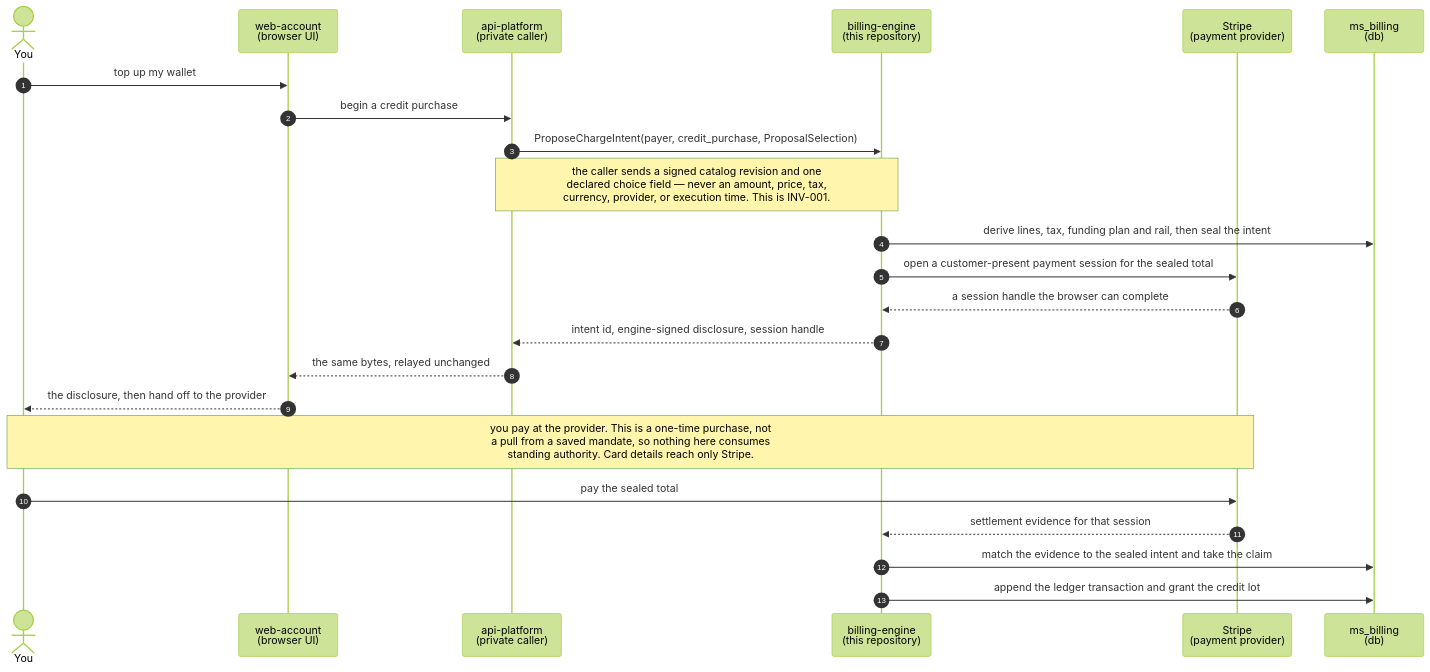
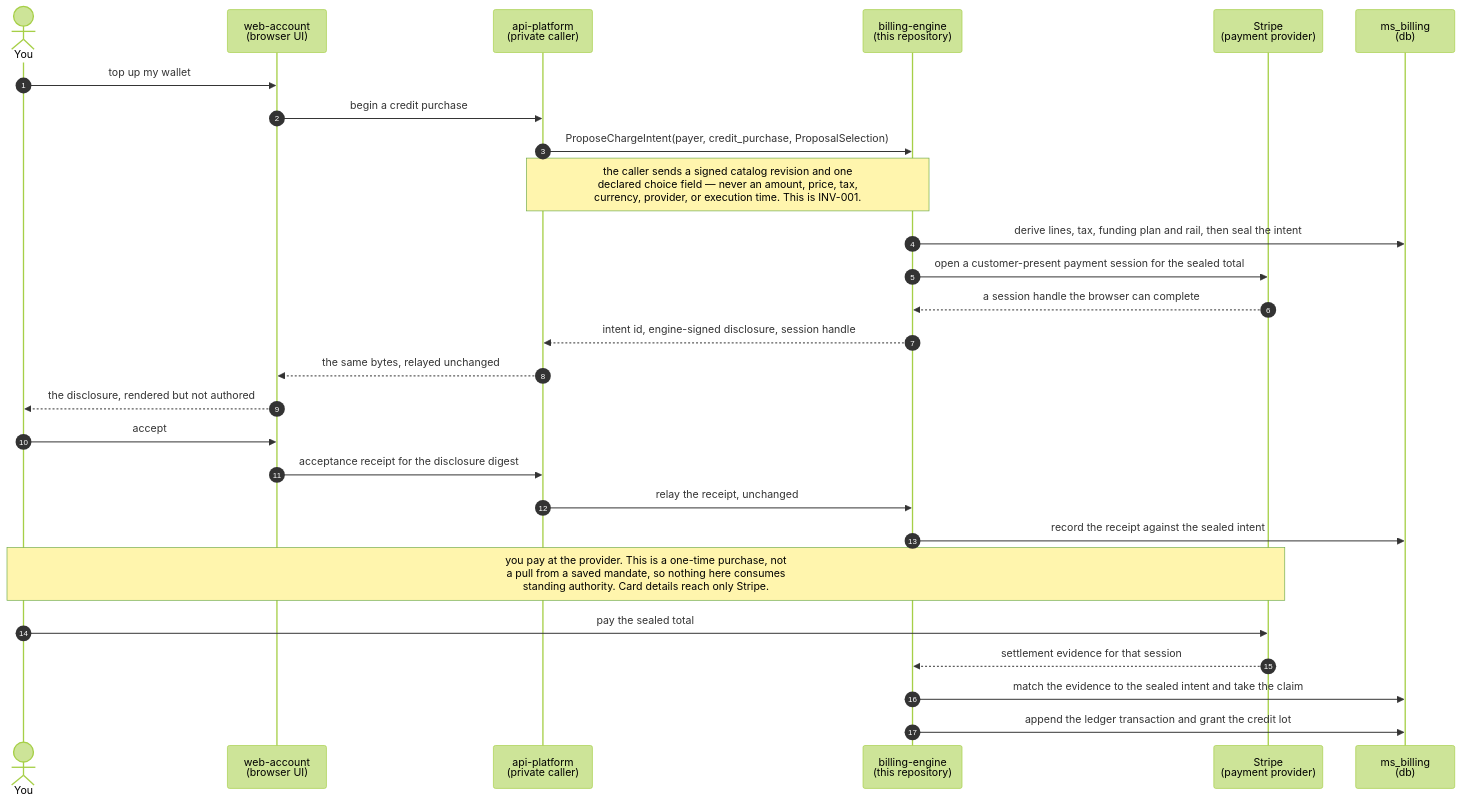
Before and after one commit to mirrorstack-ai/billing-engine: the third of 6 diagrams in README.md, drawn with Mermaid (forest theme). The commit also changed other lines of this file, not shown here.

First line of the commit message:
docs: full README correctness pass against the code

````diff
--- a/README.md
+++ b/README.md
@@ -221,30 +248,34 @@
 ```mermaid
 sequenceDiagram
     autonumber
     actor You
     participant WA as web-account<br/>(browser UI)
     participant AP as api-platform<br/>(private caller)
     participant Engine as billing-engine<br/>(this repository)
     participant Stripe as Stripe<br/>(payment provider)
     participant DB as ms_billing<br/>(db)
 
     You->>WA: top up my wallet
     WA->>AP: begin a credit purchase
     AP->>Engine: ProposeChargeIntent(payer, credit_purchase, ProposalSelection)
 
     Note over AP,Engine: the caller sends a signed catalog revision and one<br/>declared choice field — never an amount, price, tax,<br/>currency, provider, or execution time. This is INV-001.
 
     Engine->>DB: derive lines, tax, funding plan and rail, then seal the intent
     Engine->>Stripe: open a customer-present payment session for the sealed total
     Stripe-->>Engine: a session handle the browser can complete
     Engine-->>AP: intent id, engine-signed disclosure, session handle
     AP-->>WA: the same bytes, relayed unchanged
-    WA-->>You: the disclosure, then hand off to the provider
+    WA-->>You: the disclosure, rendered but not authored
+    You->>WA: accept
+    WA->>AP: acceptance receipt for the disclosure digest
+    AP->>Engine: relay the receipt, unchanged
+    Engine->>DB: record the receipt against the sealed intent
 
     Note over You,Stripe: you pay at the provider. This is a one-time purchase, not<br/>a pull from a saved mandate, so nothing here consumes<br/>standing authority. Card details reach only Stripe.
 
     You->>Stripe: pay the sealed total
     Stripe-->>Engine: settlement evidence for that session
     Engine->>DB: match the evidence to the sealed intent and take the claim
     Engine->>DB: append the ledger transaction and grant the credit lot
 ```
````
